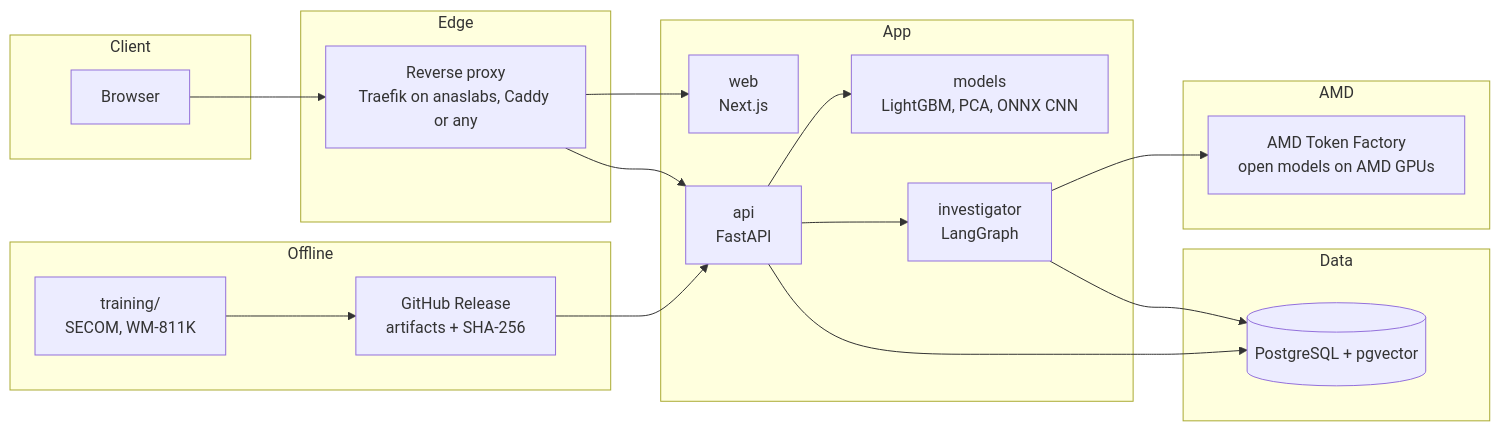
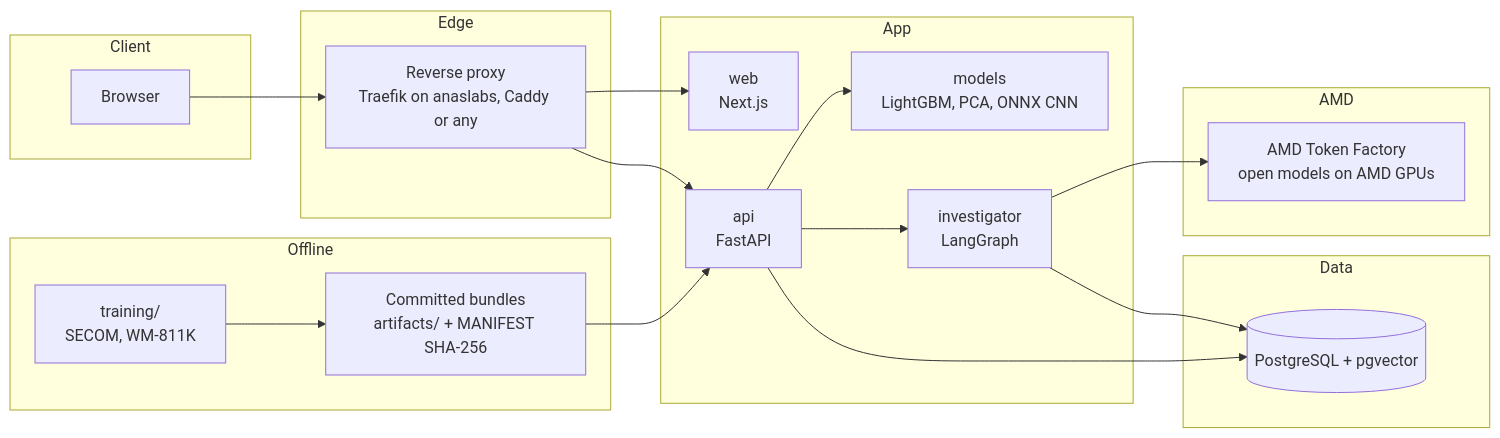
One commit to anas-aldahamsheh/yield-guardian changed the first of 2 diagrams in docs/PLAN.md. Above: the diagram before and after it, drawn with Mermaid. The commit also changed other lines of this file and 6 other files, not shown here.

````diff
--- a/docs/PLAN.md
+++ b/docs/PLAN.md
@@ -64,32 +64,32 @@
 ```mermaid
 flowchart LR
   subgraph Client
     B[Browser]
   end
   subgraph Edge
     P[Reverse proxy<br/>Traefik on anaslabs, Caddy or any]
   end
   subgraph App
     W[web<br/>Next.js]
     A[api<br/>FastAPI]
     G[investigator<br/>LangGraph]
     M[models<br/>LightGBM, PCA, ONNX CNN]
   end
   subgraph Data
     D[(PostgreSQL + pgvector)]
   end
   subgraph AMD
     T[AMD Token Factory<br/>open models on AMD GPUs]
   end
   subgraph Offline
     TR[training/<br/>SECOM, WM-811K]
-    R[GitHub Release<br/>artifacts + SHA-256]
+    R[Committed bundles<br/>artifacts/ + MANIFEST SHA-256]
   end
   B --> P --> W
   P --> A
   A --> M
   A --> G --> T
   A --> D
   G --> D
   TR --> R --> A
 ```
````
